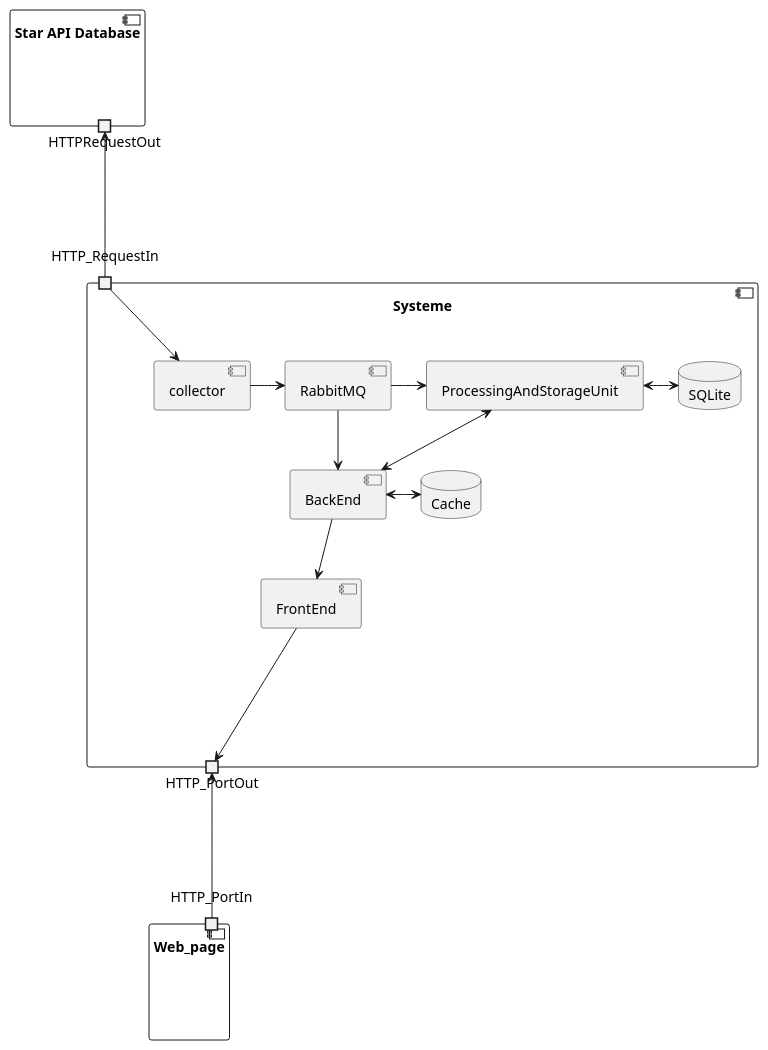
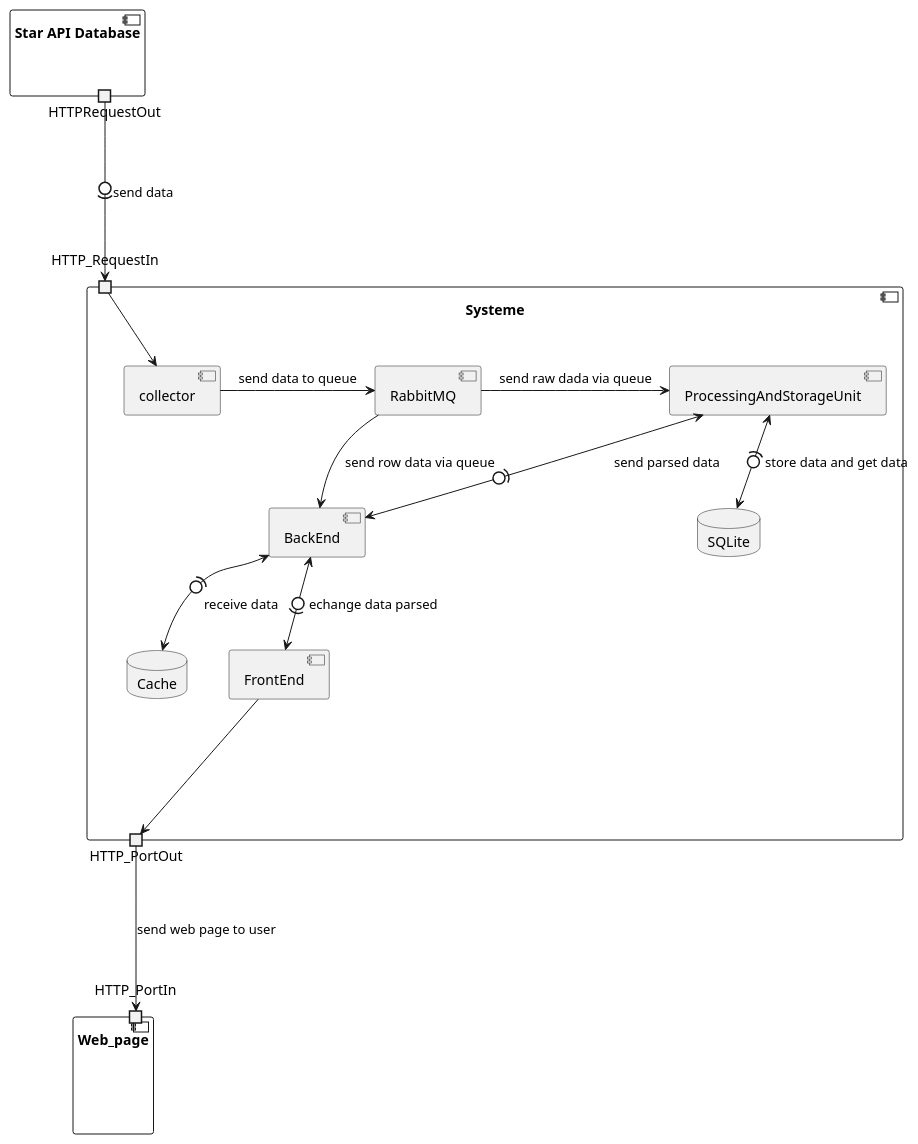
The diagram in sprint0/global/ComponentDiagram.puml (ESIR2-PROJET-KEOLIS/design), drawn with PlantUML before and after one commit.

```diff
--- a/sprint0/global/ComponentDiagram.puml
+++ b/sprint0/global/ComponentDiagram.puml
@@ -1,36 +1,36 @@
 @startuml ComponentDiagram
 
 component  "Star API Database" {
     portout HTTPRequestOut
 }
 
 
 component "Systeme"{
     portin HTTP_RequestIn
     Portout HTTP_PortOut
     database SQLite
     database Cache
     HTTP_RequestIn -> [collector]
-    [collector] -> [RabbitMQ]
-    [RabbitMQ] -> [ProcessingAndStorageUnit]
+    [collector] -> [RabbitMQ] :  send data to queue
+    [RabbitMQ] -> [ProcessingAndStorageUnit] : send raw dada via queue
 
-    [ProcessingAndStorageUnit] <-> SQLite
+    [ProcessingAndStorageUnit] <-(0-> SQLite : store data and get data
 
-    [RabbitMQ] --> [BackEnd]
-    [ProcessingAndStorageUnit] <--> [BackEnd]
-    [BackEnd] <-> Cache
-    [BackEnd] --> [FrontEnd]
+    [RabbitMQ] --> [BackEnd] : send row data via queue
+    [ProcessingAndStorageUnit] <-(0-> [BackEnd] : send parsed data
+    [BackEnd] <-(0-> Cache : receive data
+    [BackEnd] <-0)-> [FrontEnd] : echange data parsed
     
     [FrontEnd] ---> HTTP_PortOut
     
 
 }
 
 component "Web_page"{
     portin HTTP_PortIn
 }
 
-HTTPRequestOut <--- HTTP_RequestIn
-HTTP_PortOut <--- HTTP_PortIn
+HTTPRequestOut --0)-> HTTP_RequestIn : send data
+HTTP_PortOut ---> HTTP_PortIn : send web page to user
 
 @enduml
```
